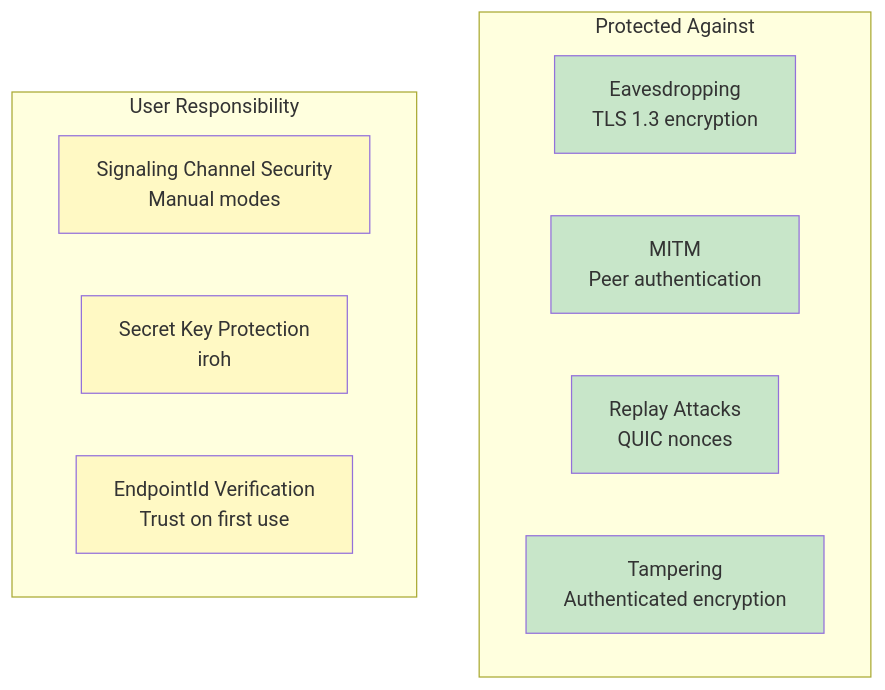
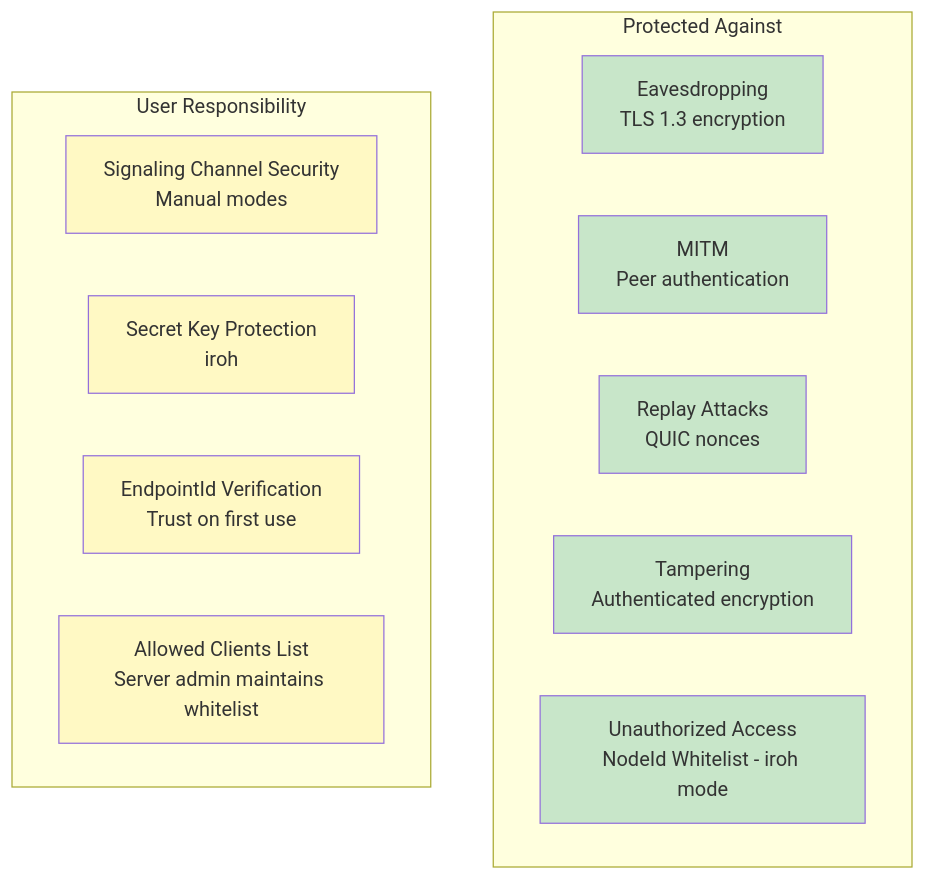
Diagram 28 of 35 in docs/ARCHITECTURE.md (andrewtheguy/vpn-rs), drawn with Mermaid before and after one commit. The commit also changed other lines of this file and 10 other files, not shown here.

Commit message:
feat: implement NodeId authentication for iroh mode with client whitelisting

````diff
--- a/docs/ARCHITECTURE.md
+++ b/docs/ARCHITECTURE.md
@@ -1095,24 +1133,28 @@
 ```mermaid
 graph TB
     subgraph "Protected Against"
         A[Eavesdropping<br/>TLS 1.3 encryption]
         B[MITM<br/>Peer authentication]
         C[Replay Attacks<br/>QUIC nonces]
         D[Tampering<br/>Authenticated encryption]
+        E2[Unauthorized Access<br/>NodeId Whitelist - iroh mode]
     end
-    
+
     subgraph "User Responsibility"
         E[Signaling Channel Security<br/>Manual modes]
         F[Secret Key Protection<br/>iroh]
         G[EndpointId Verification<br/>Trust on first use]
+        H[Allowed Clients List<br/>Server admin maintains whitelist]
     end
-    
+
     style A fill:#C8E6C9
     style B fill:#C8E6C9
     style C fill:#C8E6C9
     style D fill:#C8E6C9
-    
+    style E2 fill:#C8E6C9
+
     style E fill:#FFF9C4
     style F fill:#FFF9C4
     style G fill:#FFF9C4
+    style H fill:#FFF9C4
 ```
````
